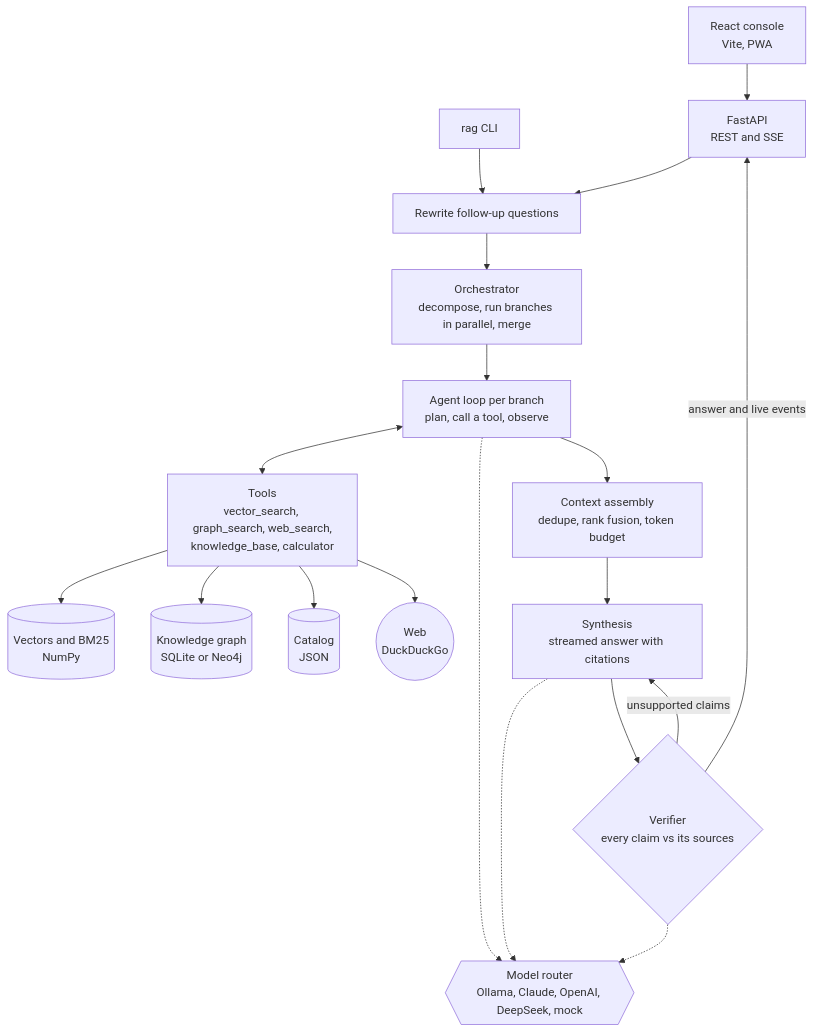
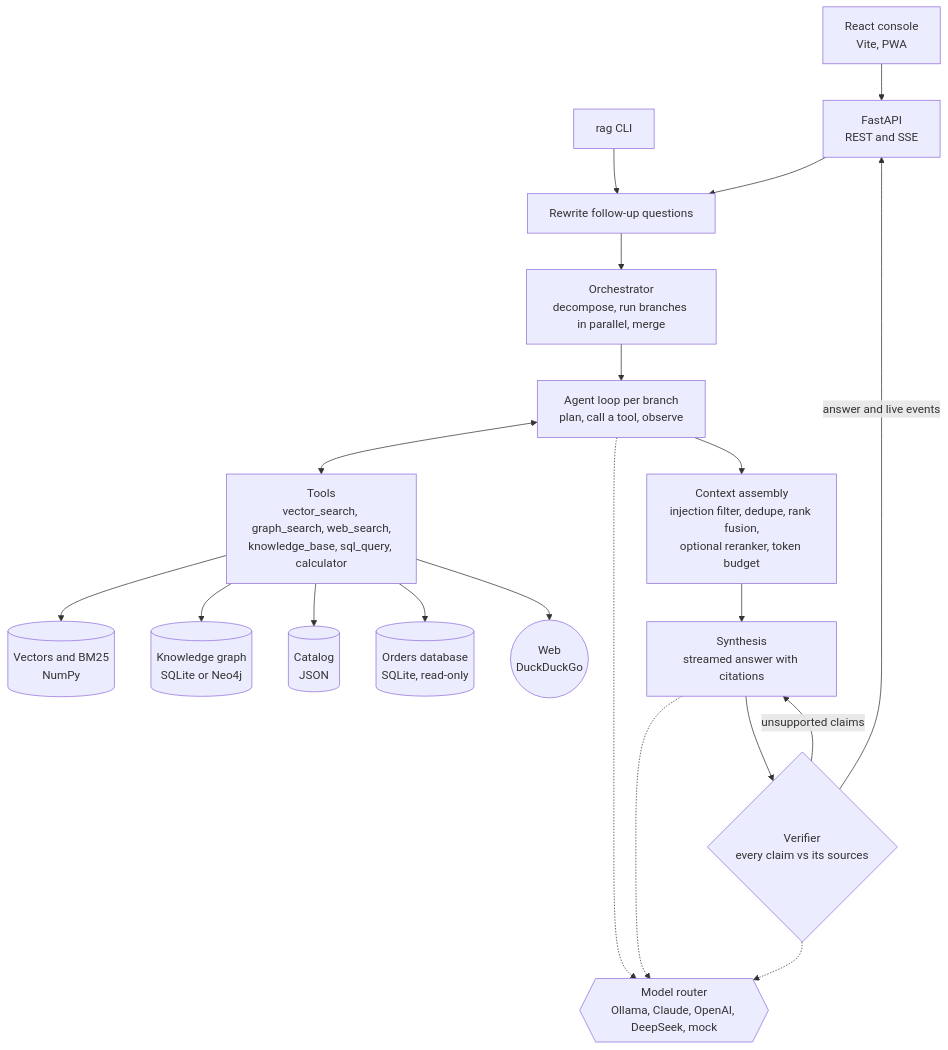
The first of 5 diagrams in README.md (asadaslam556/agentic-rag-assistant), drawn with Mermaid before and after one commit. The commit also changed other lines of this file and 51 other files, not shown here.

First line of the commit message:
Add text-to-SQL, cross-encoder reranking, and prompt-injection filtering

````diff
--- a/README.md
+++ b/README.md
@@ -128,21 +131,22 @@
 ```mermaid
 flowchart TB
     UI["React console<br/>Vite, PWA"] --> API["FastAPI<br/>REST and SSE"]
     CLI["rag CLI"] --> RW
     API --> RW["Rewrite follow-up questions"]
     RW --> ORCH["Orchestrator<br/>decompose, run branches in parallel, merge"]
     ORCH --> AGENT["Agent loop per branch<br/>plan, call a tool, observe"]
-    AGENT <--> TOOLS["Tools<br/>vector_search, graph_search, web_search,<br/>knowledge_base, calculator"]
+    AGENT <--> TOOLS["Tools<br/>vector_search, graph_search, web_search,<br/>knowledge_base, sql_query, calculator"]
     TOOLS --> IDX[("Vectors and BM25<br/>NumPy")]
     TOOLS --> KG[("Knowledge graph<br/>SQLite or Neo4j")]
     TOOLS --> CAT[("Catalog<br/>JSON")]
+    TOOLS --> DB[("Orders database<br/>SQLite, read-only")]
     TOOLS --> WEB(("Web<br/>DuckDuckGo"))
-    AGENT --> ASM["Context assembly<br/>dedupe, rank fusion, token budget"]
+    AGENT --> ASM["Context assembly<br/>injection filter, dedupe, rank fusion,<br/>optional reranker, token budget"]
     ASM --> SYN["Synthesis<br/>streamed answer with citations"]
     SYN --> VER{"Verifier<br/>every claim vs its sources"}
     VER -- "unsupported claims" --> SYN
     VER -- "answer and live events" --> API
     AGENT -.-> LLM{{"Model router<br/>Ollama, Claude, OpenAI, DeepSeek, mock"}}
     SYN -.-> LLM
     VER -.-> LLM
 ```
````
